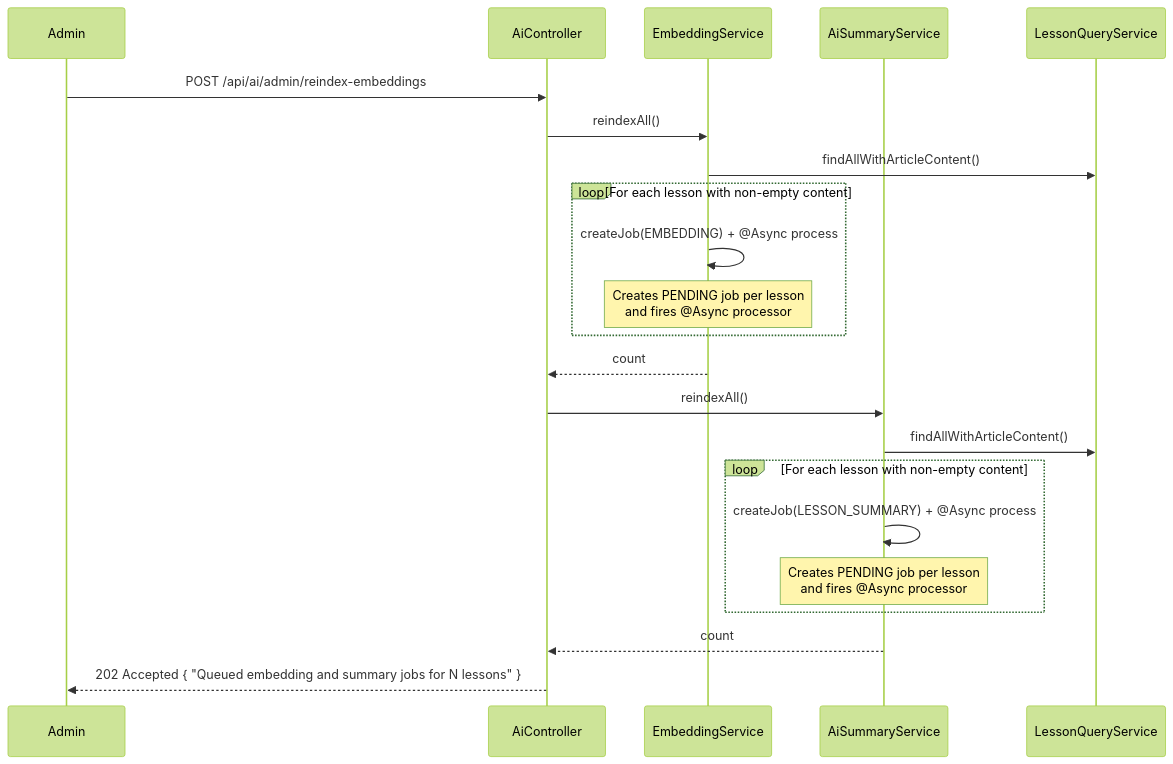
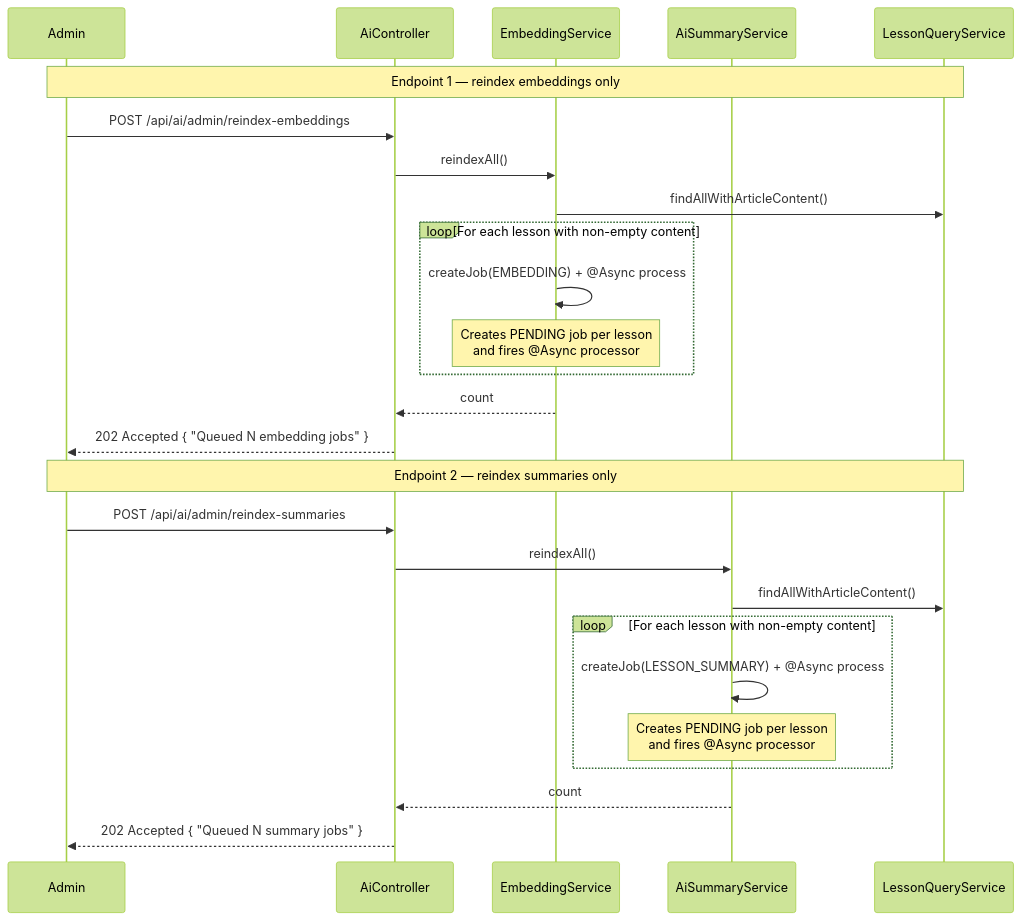
The seventh of 15 diagrams in docs/workflows/ai_workflows.md (HuuLocFIT/EduMind), drawn with Mermaid (forest theme) before and after one commit. The commit also changed other lines of this file, not shown here.

Commit message:
feat: add reindexing endpoint for summaries in AI workflows documentation - Introduce `/admin/reindex-summaries` endpoint for queuing summary jobs - Update documentation to clarify the functionality of reindexing endpoints - Adjust response messages for clarity on queued jobs

````diff
--- a/docs/workflows/ai_workflows.md
+++ b/docs/workflows/ai_workflows.md
@@ -468,25 +469,30 @@
 ```mermaid
 sequenceDiagram
     participant Admin
     participant Controller as AiController
     participant EmbeddingService
     participant SummaryService as AiSummaryService
     participant LessonQueryService
 
+    Note over Admin,LessonQueryService: Endpoint 1 — reindex embeddings only
     Admin->>Controller: POST /api/ai/admin/reindex-embeddings
     Controller->>EmbeddingService: reindexAll()
     EmbeddingService->>LessonQueryService: findAllWithArticleContent()
     loop For each lesson with non-empty content
         EmbeddingService->>EmbeddingService: createJob(EMBEDDING) + @Async process
         Note over EmbeddingService: Creates PENDING job per lesson<br/>and fires @Async processor
     end
     EmbeddingService-->>Controller: count
+    Controller-->>Admin: 202 Accepted { "Queued N embedding jobs" }
+
+    Note over Admin,LessonQueryService: Endpoint 2 — reindex summaries only
+    Admin->>Controller: POST /api/ai/admin/reindex-summaries
     Controller->>SummaryService: reindexAll()
     SummaryService->>LessonQueryService: findAllWithArticleContent()
     loop For each lesson with non-empty content
         SummaryService->>SummaryService: createJob(LESSON_SUMMARY) + @Async process
         Note over SummaryService: Creates PENDING job per lesson<br/>and fires @Async processor
     end
     SummaryService-->>Controller: count
-    Controller-->>Admin: 202 Accepted { "Queued embedding and summary jobs for N lessons" }
+    Controller-->>Admin: 202 Accepted { "Queued N summary jobs" }
 ```
````
